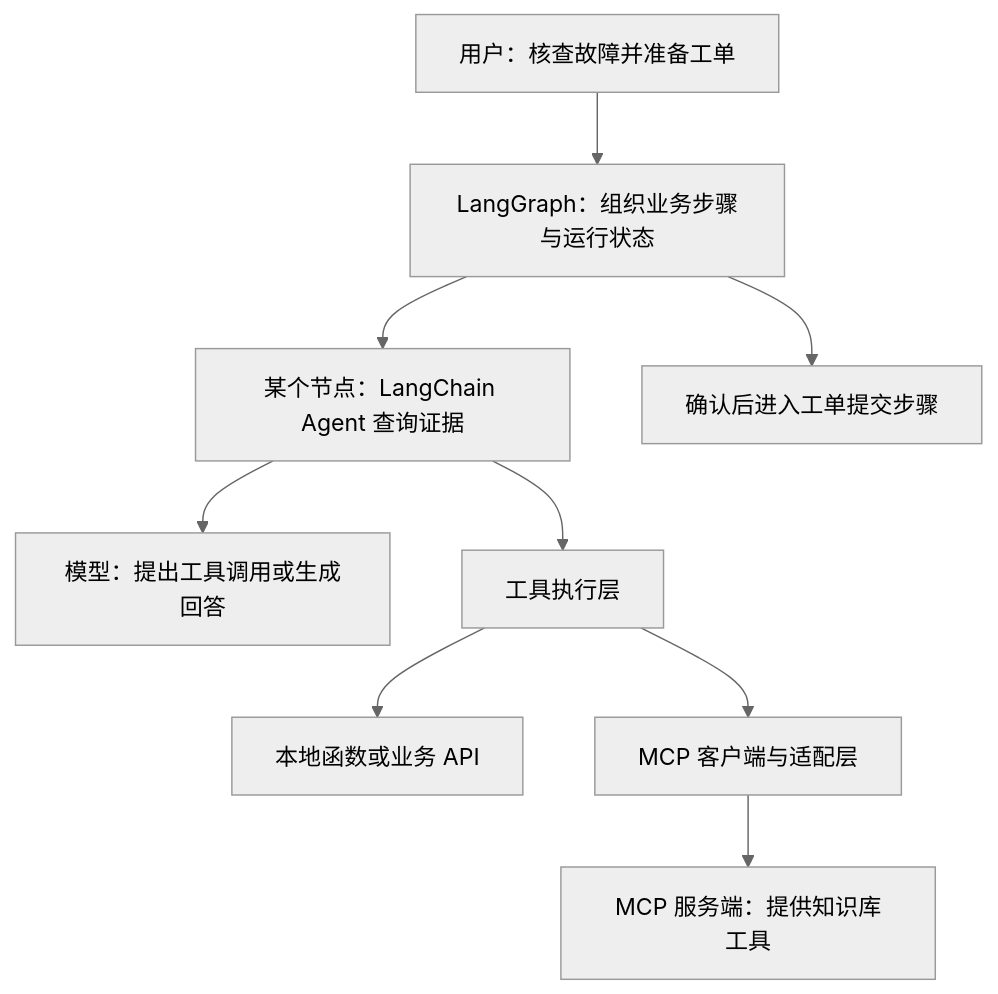
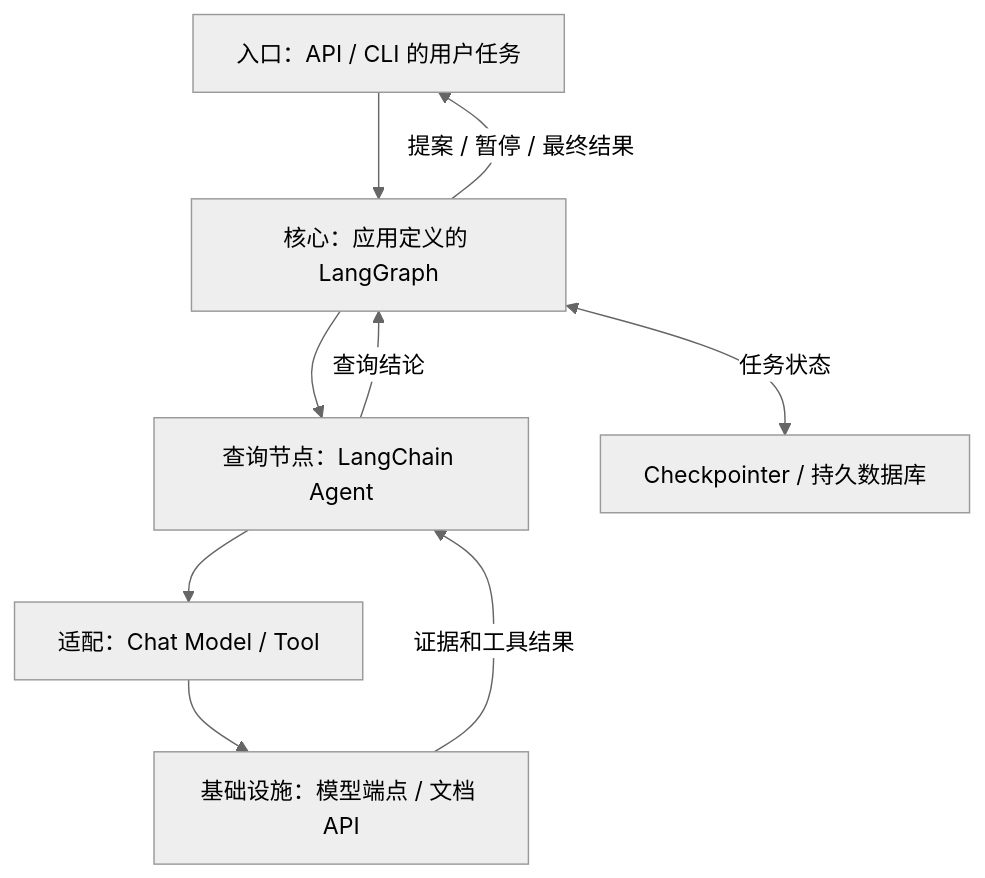
Before and after one commit to MarkingYang/aidea-lab: the first of 3 diagrams in src/content/writing/langchain-langgraph-frameworks-and-protocols.md, drawn with Mermaid (neutral theme). The commit also changed other lines of this file and 48 other files, not shown here.

````diff
--- a/src/content/writing/langchain-langgraph-frameworks-and-protocols.md
+++ b/src/content/writing/langchain-langgraph-frameworks-and-protocols.md
@@ -43,11 +30,11 @@
 ```mermaid
 flowchart TB
-  U[用户：核查故障并准备工单] --> G[LangGraph：组织业务步骤与运行状态]
-  G --> A[某个节点：LangChain Agent 查询证据]
-  A --> M[模型：提出工具调用或生成回答]
-  A --> T[工具执行层]
-  T --> F[本地函数或业务 API]
-  T --> C[MCP 客户端与适配层]
-  C --> S[MCP 服务端：提供知识库工具]
-  G --> H[确认后进入工单提交步骤]
+ U[入口：API / CLI 的用户任务] --> G[核心：应用定义的 LangGraph]
+ G --> A[查询节点：LangChain Agent]
+ A --> M[适配：Chat Model / Tool]
+ M --> I[基础设施：模型端点 / 文档 API]
+ I -->|证据和工具结果| A
+ A -->|查询结论| G
+ G <-->|任务状态| C[Checkpointer / 持久数据库]
+ G -->|提案 / 暂停 / 最终结果| U
 ```
````
